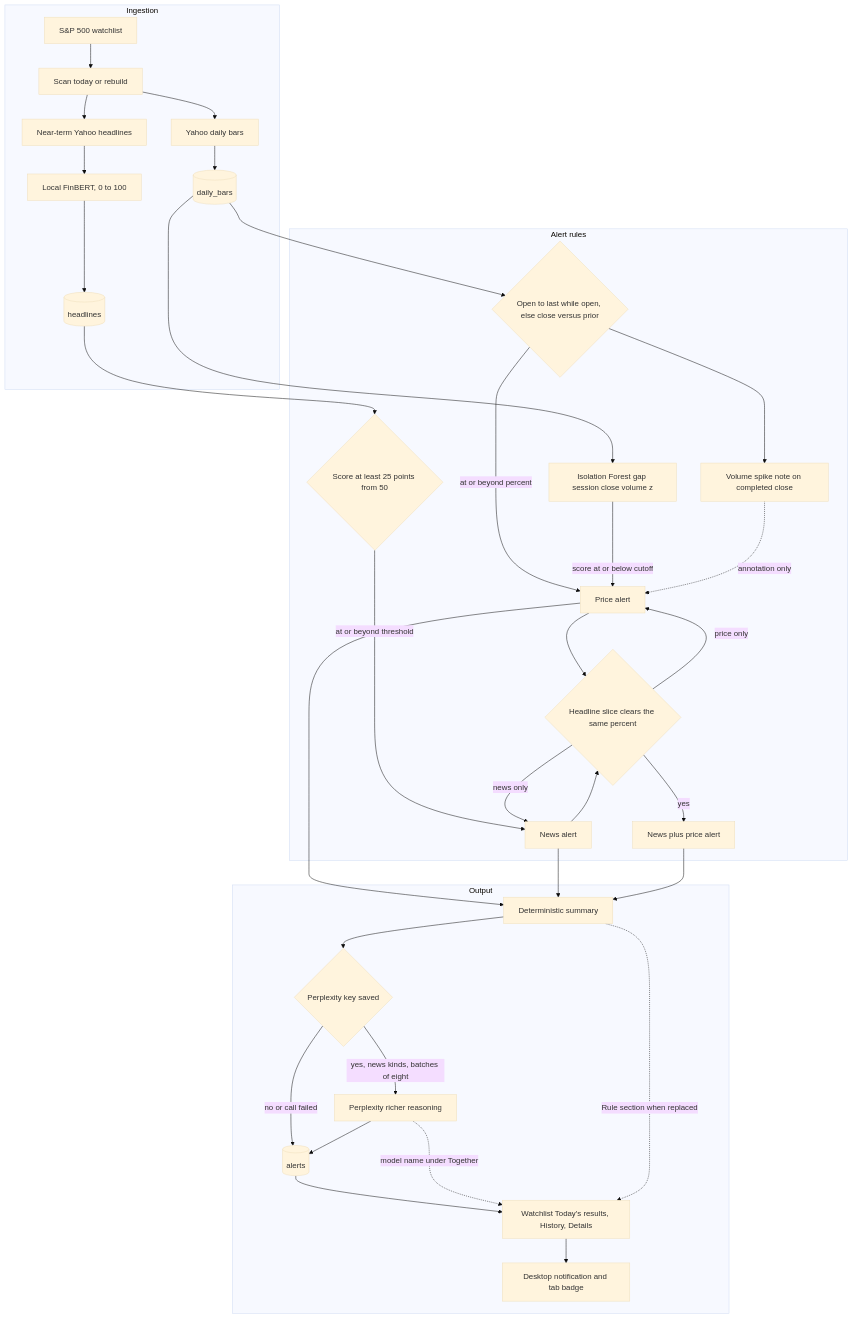
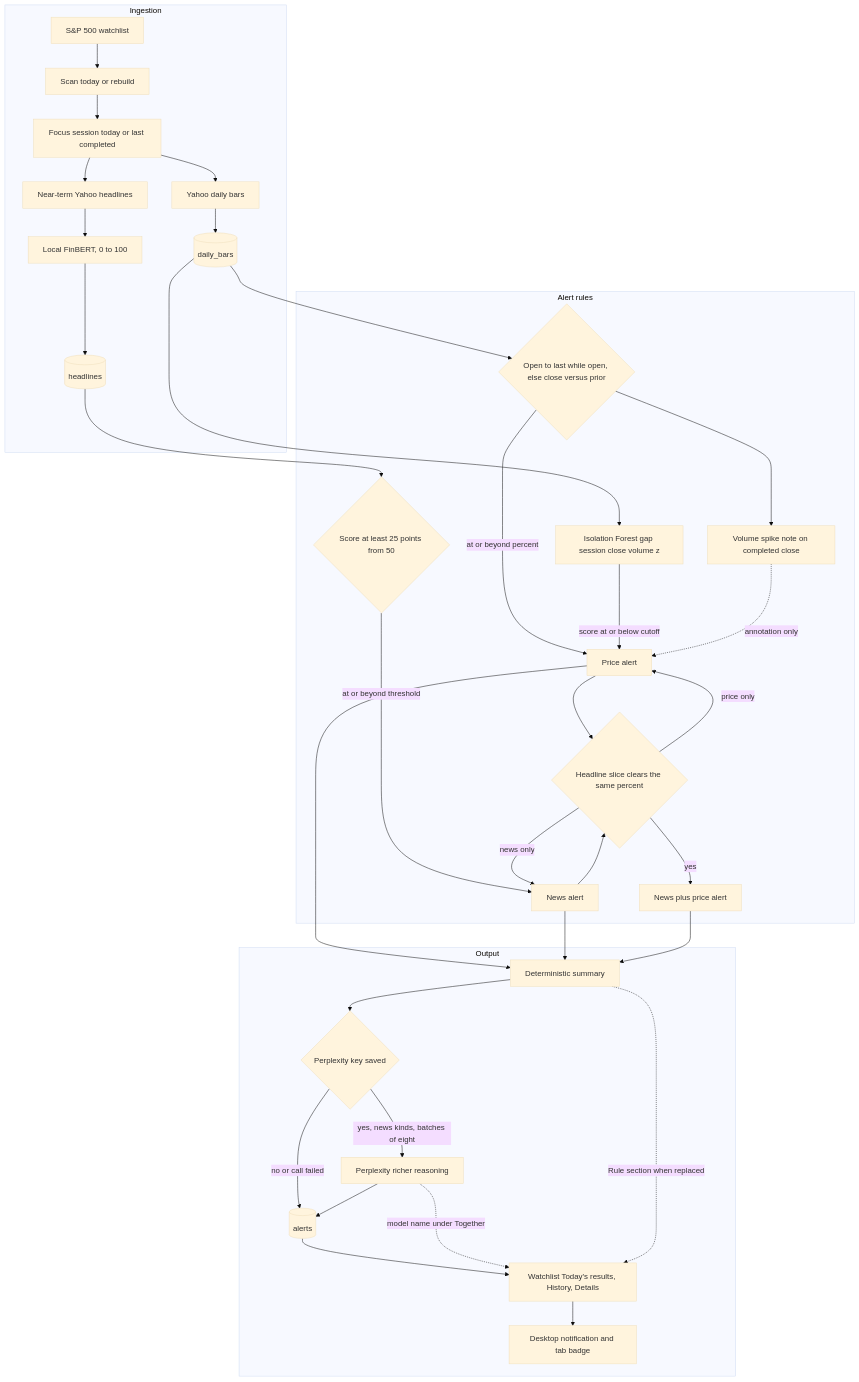
The second of 10 diagrams in docs/architecture.md (sameerde4/ticker-alert-system), drawn with Mermaid (base theme) before and after one commit. The commit also changed other lines of this file and 8 other files, not shown here.

````diff
--- a/docs/architecture.md
+++ b/docs/architecture.md
@@ -153,41 +187,42 @@
 ```mermaid
 flowchart TB
     subgraph ingest [Ingestion]
         WL[S&P 500 watchlist] --> RUN[Scan today or rebuild]
-        RUN --> PX[Yahoo daily bars]
-        RUN --> NW[Near-term Yahoo headlines]
+        RUN --> FOCUS[Focus session today or last completed]
+        FOCUS --> PX[Yahoo daily bars]
+        FOCUS --> NW[Near-term Yahoo headlines]
         PX --> BARS[(daily_bars)]
         NW --> SCORE[Local FinBERT, 0 to 100]
         SCORE --> NEWS[(headlines)]
     end
 
     subgraph rules [Alert rules]
         BARS --> PCT{Open to last while open, else close versus prior}
         BARS --> IF[Isolation Forest gap session close volume z]
         PCT -->|at or beyond percent| PA[Price alert]
         IF -->|score at or below cutoff| PA
         PCT --> VOL[Volume spike note on completed close]
         VOL -.->|annotation only| PA
         NEWS --> NA{Score at least 25 points from 50}
         NA -->|at or beyond threshold| NEWSALERT[News alert]
         PA --> ONE{Headline slice clears the same percent}
         NEWSALERT --> ONE
         ONE -->|yes| FA[News plus price alert]
         ONE -->|price only| PA
         ONE -->|news only| NEWSALERT
     end
 
     subgraph out [Output]
         PA --> RULE[Deterministic summary]
         NEWSALERT --> RULE
         FA --> RULE
         RULE --> KEY{Perplexity key saved}
         KEY -->|no or call failed| ALERTS[(alerts)]
         KEY -->|yes, news kinds, batches of eight| PPLX[Perplexity richer reasoning]
         PPLX --> ALERTS
         ALERTS --> UI[Watchlist Today's results, History, Details]
         UI --> NOTE[Desktop notification and tab badge]
         PPLX -.->|model name under Together| UI
         RULE -.->|Rule section when replaced| UI
     end
 ```
````
